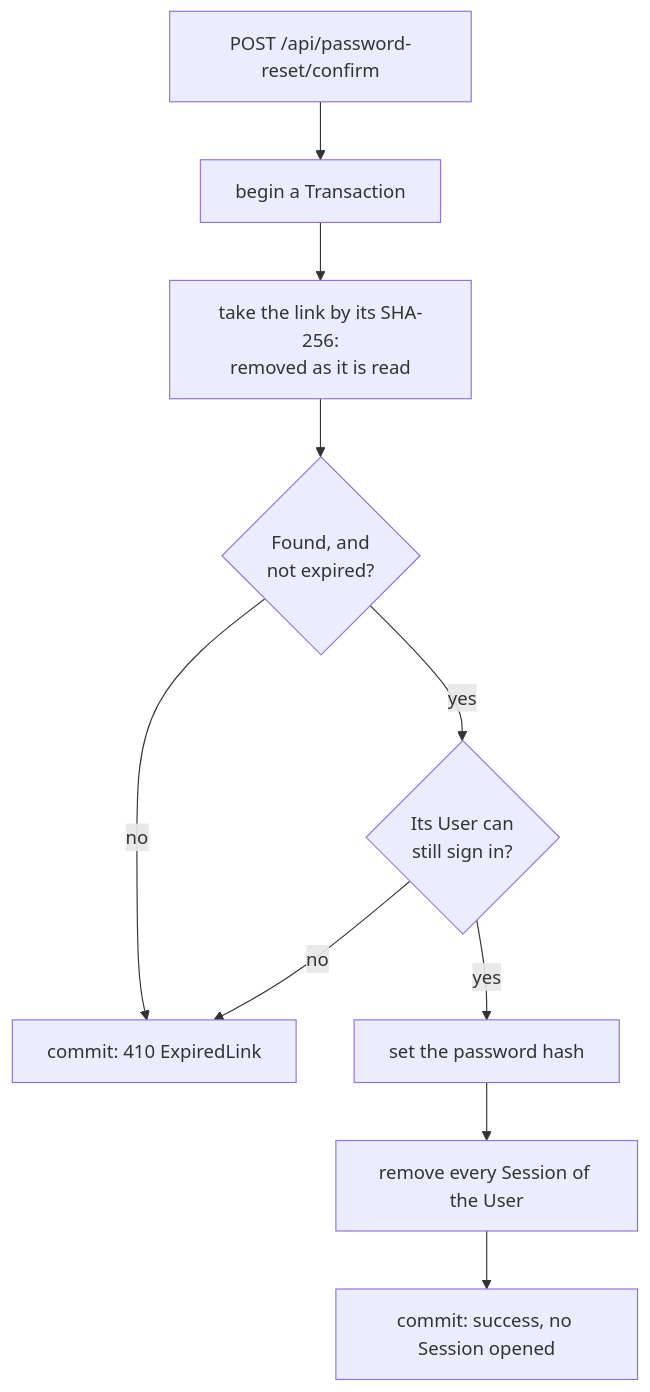
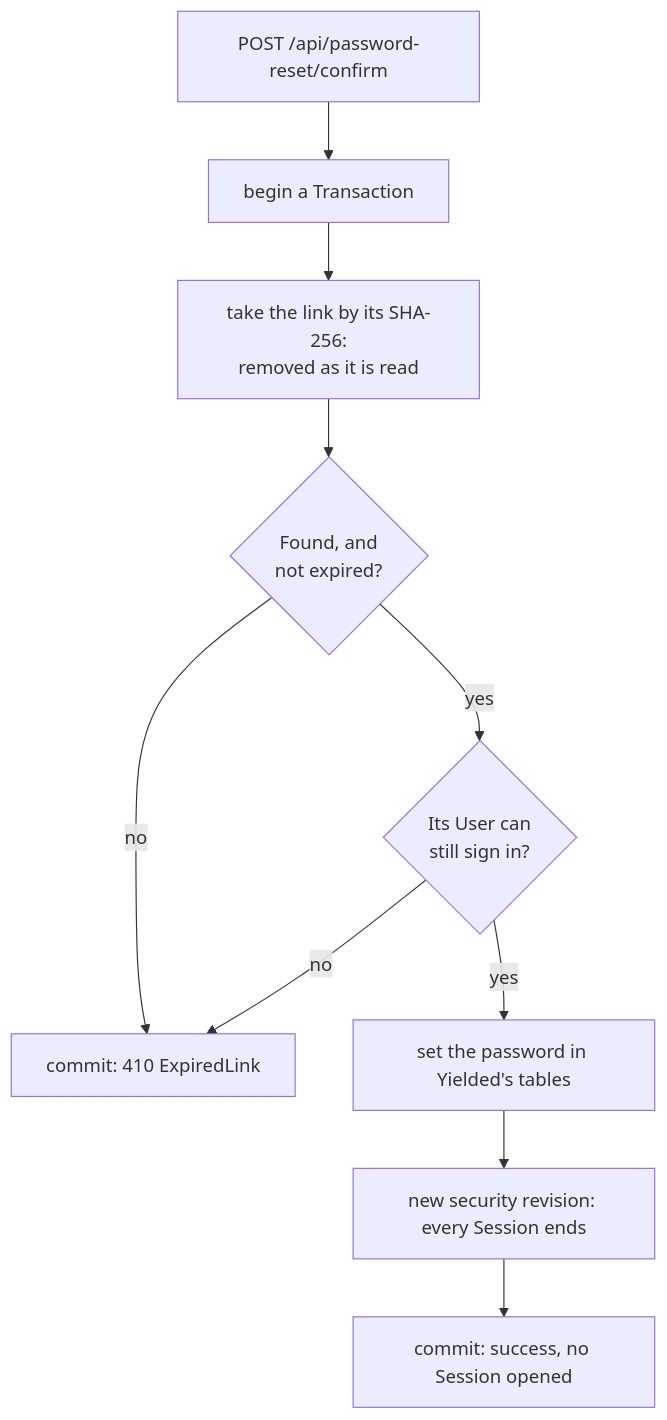
Before and after one commit to ntatoud/quack-starter: the third of 5 diagrams in docs/password-reset.md, drawn with Mermaid. The commit also changed 58 other files, not shown here.

````diff
--- a/docs/password-reset.md
+++ b/docs/password-reset.md
@@ -52,12 +52,12 @@
 ```mermaid
 flowchart TD
     C["POST /api/password-reset/confirm"] --> T["begin a Transaction"]
     T --> K["take the link by its SHA-256:<br/>removed as it is read"]
     K --> X{"Found, and<br/>not expired?"}
     X -- no --> G["commit: 410 ExpiredLink"]
     X -- yes --> Y{"Its User can<br/>still sign in?"}
     Y -- no --> G
-    Y -- yes --> P["set the password hash"]
-    P --> Q["remove every Session of the User"]
+    Y -- yes --> P["set the password in Yielded's tables"]
+    P --> Q["new security revision: every Session ends"]
     Q --> Z["commit: success, no Session opened"]
 ```
````
